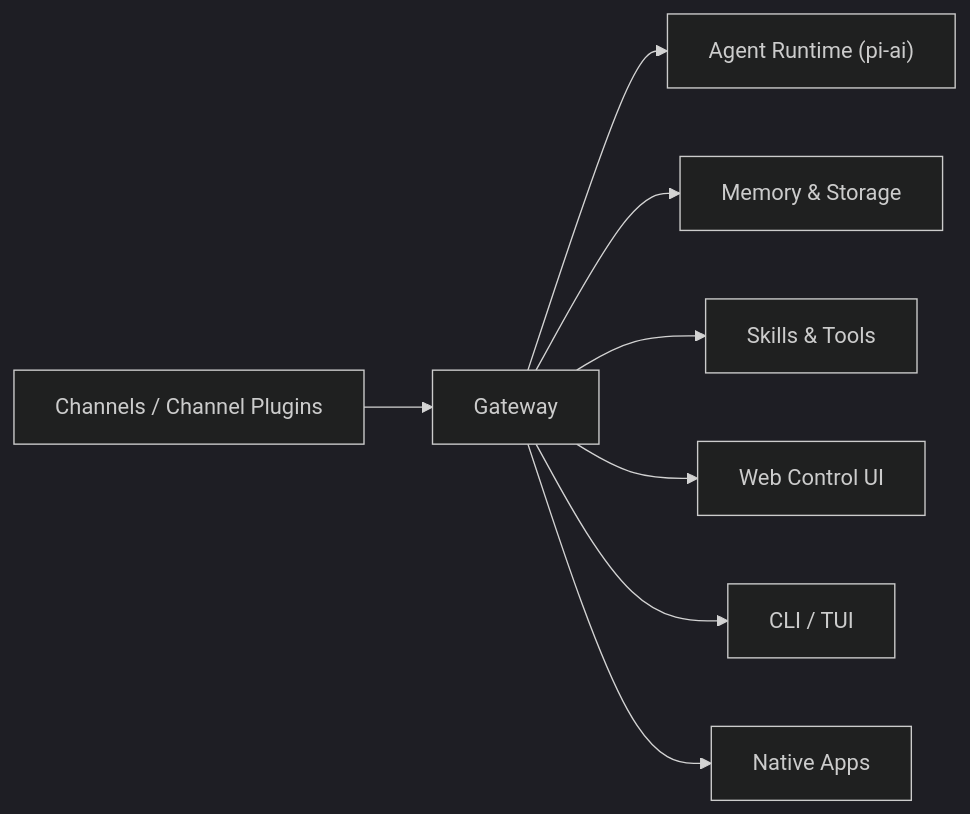
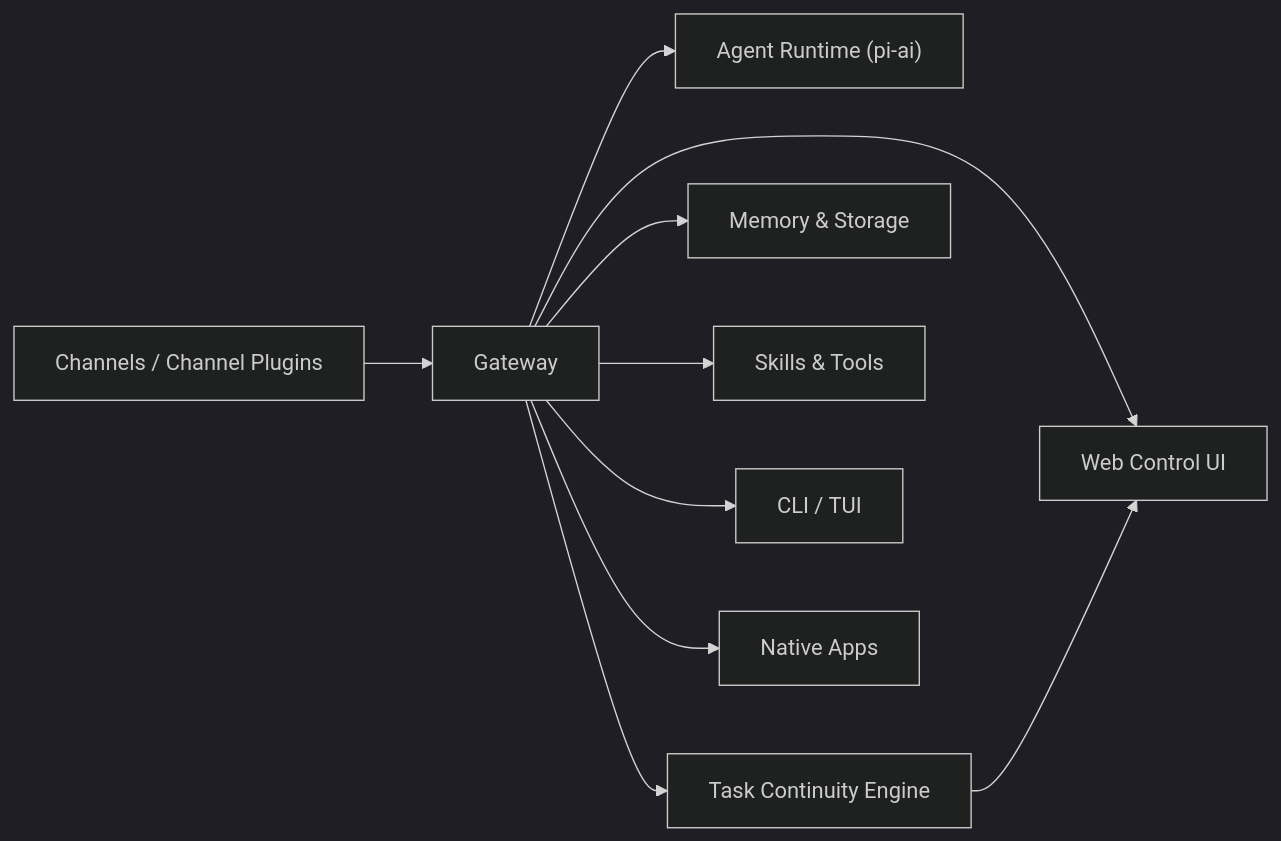
One commit to NJX-njx/opensoul changed the diagram in README.md. Above: the diagram before and after it, drawn with Mermaid (dark theme). The commit also changed other lines of this file and 12 other files, not shown here.

First line of the commit message:
docs: enhance README and documentation for task continuity features

````diff
--- a/README.md
+++ b/README.md
@@ -141,10 +150,12 @@
 ```mermaid
 flowchart LR
   A["Channels / Channel Plugins"] --> B["Gateway"]
   B --> C["Agent Runtime (pi-ai)"]
-  B --> D["Memory & Storage"]
-  B --> E["Skills & Tools"]
-  B --> F["Web Control UI"]
-  B --> G["CLI / TUI"]
-  B --> H["Native Apps"]
+  B --> D["Task Continuity Engine"]
+  B --> E["Memory & Storage"]
+  B --> F["Skills & Tools"]
+  B --> G["Web Control UI"]
+  D --> G
+  B --> H["CLI / TUI"]
+  B --> I["Native Apps"]
 ```
````
